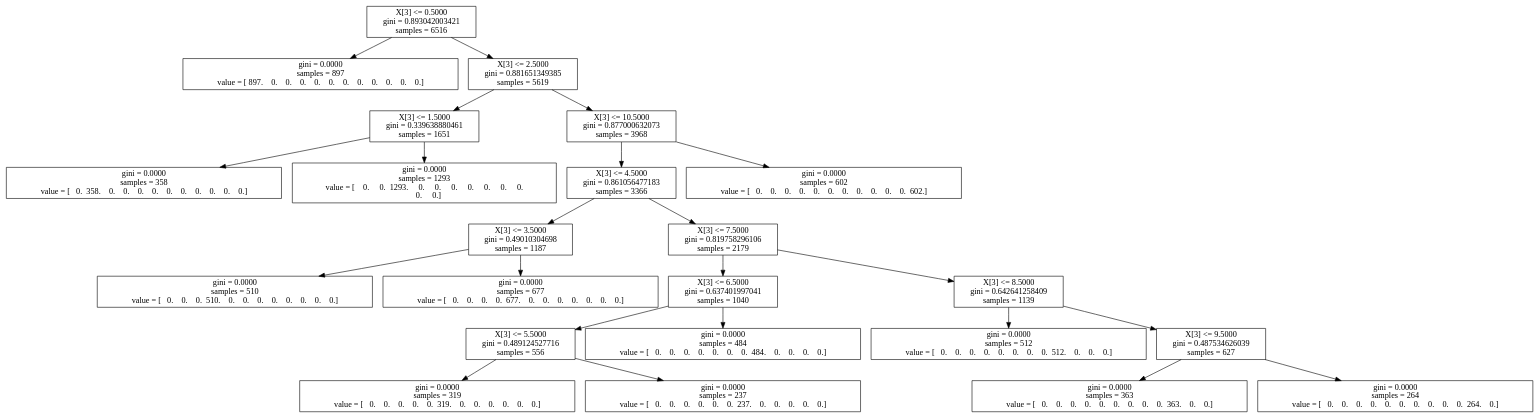
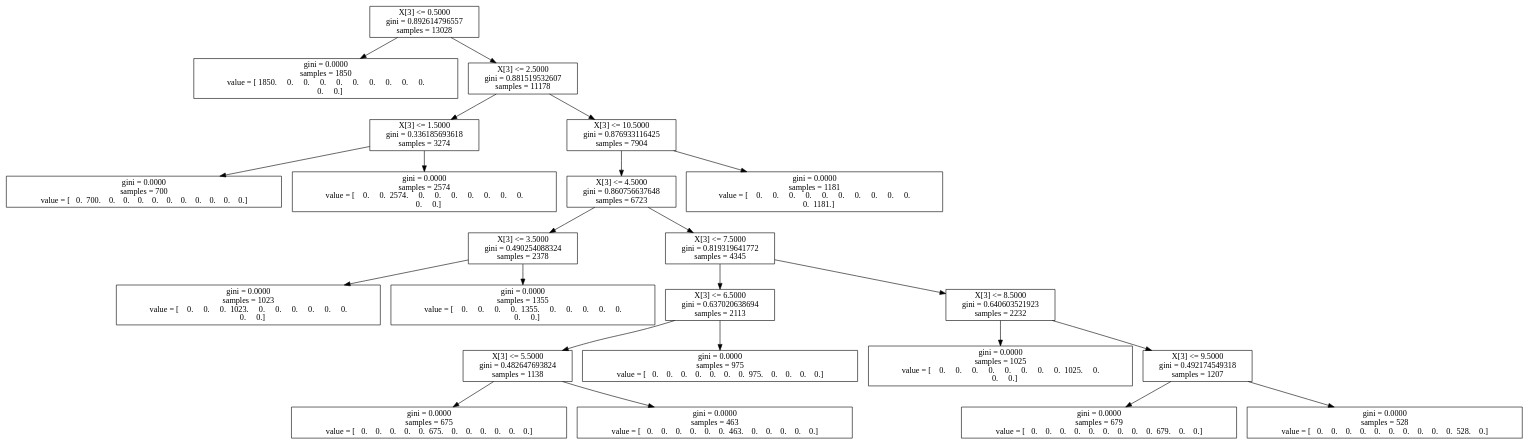
One commit to dsilva25/Data-Mining changed the diagram in tree.dot. Above: the diagram before and after it, drawn with Graphviz. The commit also changed 4 other files, not shown here.

```diff
--- a/tree.dot
+++ b/tree.dot
@@ -1,48 +1,53 @@
 digraph Tree {
-0 [label="X[3] <= 0.5000\ngini = 0.893042003421\nsamples = 6516", shape="box"] ;
-1 [label="gini = 0.0000\nsamples = 897\nvalue = [ 897.    0.    0.    0.    0.    0.    0.    0.    0.    0.    0.    0.]", shape="box"] ;
+0 [label="X[3] <= 0.5000\ngini = 0.892614796557\nsamples = 13028", shape="box"] ;
+1 [label="gini = 0.0000\nsamples = 1850\nvalue = [ 1850.     0.     0.     0.     0.     0.     0.     0.     0.     0.
+     0.     0.]", shape="box"] ;
 0 -> 1 ;
-2 [label="X[3] <= 2.5000\ngini = 0.881651349385\nsamples = 5619", shape="box"] ;
+2 [label="X[3] <= 2.5000\ngini = 0.881519532607\nsamples = 11178", shape="box"] ;
 0 -> 2 ;
-3 [label="X[3] <= 1.5000\ngini = 0.339638880461\nsamples = 1651", shape="box"] ;
+3 [label="X[3] <= 1.5000\ngini = 0.336185693618\nsamples = 3274", shape="box"] ;
 2 -> 3 ;
-4 [label="gini = 0.0000\nsamples = 358\nvalue = [   0.  358.    0.    0.    0.    0.    0.    0.    0.    0.    0.    0.]", shape="box"] ;
+4 [label="gini = 0.0000\nsamples = 700\nvalue = [   0.  700.    0.    0.    0.    0.    0.    0.    0.    0.    0.    0.]", shape="box"] ;
 3 -> 4 ;
-5 [label="gini = 0.0000\nsamples = 1293\nvalue = [    0.     0.  1293.     0.     0.     0.     0.     0.     0.     0.
+5 [label="gini = 0.0000\nsamples = 2574\nvalue = [    0.     0.  2574.     0.     0.     0.     0.     0.     0.     0.
      0.     0.]", shape="box"] ;
 3 -> 5 ;
-6 [label="X[3] <= 10.5000\ngini = 0.877000632073\nsamples = 3968", shape="box"] ;
+6 [label="X[3] <= 10.5000\ngini = 0.876933116425\nsamples = 7904", shape="box"] ;
 2 -> 6 ;
-7 [label="X[3] <= 4.5000\ngini = 0.861056477183\nsamples = 3366", shape="box"] ;
+7 [label="X[3] <= 4.5000\ngini = 0.860756637648\nsamples = 6723", shape="box"] ;
 6 -> 7 ;
-8 [label="X[3] <= 3.5000\ngini = 0.49010304698\nsamples = 1187", shape="box"] ;
+8 [label="X[3] <= 3.5000\ngini = 0.490254088324\nsamples = 2378", shape="box"] ;
 7 -> 8 ;
-9 [label="gini = 0.0000\nsamples = 510\nvalue = [   0.    0.    0.  510.    0.    0.    0.    0.    0.    0.    0.    0.]", shape="box"] ;
+9 [label="gini = 0.0000\nsamples = 1023\nvalue = [    0.     0.     0.  1023.     0.     0.     0.     0.     0.     0.
+     0.     0.]", shape="box"] ;
 8 -> 9 ;
-10 [label="gini = 0.0000\nsamples = 677\nvalue = [   0.    0.    0.    0.  677.    0.    0.    0.    0.    0.    0.    0.]", shape="box"] ;
+10 [label="gini = 0.0000\nsamples = 1355\nvalue = [    0.     0.     0.     0.  1355.     0.     0.     0.     0.     0.
+     0.     0.]", shape="box"] ;
 8 -> 10 ;
-11 [label="X[3] <= 7.5000\ngini = 0.819758296106\nsamples = 2179", shape="box"] ;
+11 [label="X[3] <= 7.5000\ngini = 0.819319641772\nsamples = 4345", shape="box"] ;
 7 -> 11 ;
-12 [label="X[3] <= 6.5000\ngini = 0.637401997041\nsamples = 1040", shape="box"] ;
+12 [label="X[3] <= 6.5000\ngini = 0.637020638694\nsamples = 2113", shape="box"] ;
 11 -> 12 ;
-13 [label="X[3] <= 5.5000\ngini = 0.489124527716\nsamples = 556", shape="box"] ;
+13 [label="X[3] <= 5.5000\ngini = 0.482647693824\nsamples = 1138", shape="box"] ;
 12 -> 13 ;
-14 [label="gini = 0.0000\nsamples = 319\nvalue = [   0.    0.    0.    0.    0.  319.    0.    0.    0.    0.    0.    0.]", shape="box"] ;
+14 [label="gini = 0.0000\nsamples = 675\nvalue = [   0.    0.    0.    0.    0.  675.    0.    0.    0.    0.    0.    0.]", shape="box"] ;
 13 -> 14 ;
-15 [label="gini = 0.0000\nsamples = 237\nvalue = [   0.    0.    0.    0.    0.    0.  237.    0.    0.    0.    0.    0.]", shape="box"] ;
+15 [label="gini = 0.0000\nsamples = 463\nvalue = [   0.    0.    0.    0.    0.    0.  463.    0.    0.    0.    0.    0.]", shape="box"] ;
 13 -> 15 ;
-16 [label="gini = 0.0000\nsamples = 484\nvalue = [   0.    0.    0.    0.    0.    0.    0.  484.    0.    0.    0.    0.]", shape="box"] ;
+16 [label="gini = 0.0000\nsamples = 975\nvalue = [   0.    0.    0.    0.    0.    0.    0.  975.    0.    0.    0.    0.]", shape="box"] ;
 12 -> 16 ;
-17 [label="X[3] <= 8.5000\ngini = 0.642641258409\nsamples = 1139", shape="box"] ;
+17 [label="X[3] <= 8.5000\ngini = 0.640603521923\nsamples = 2232", shape="box"] ;
 11 -> 17 ;
-18 [label="gini = 0.0000\nsamples = 512\nvalue = [   0.    0.    0.    0.    0.    0.    0.    0.  512.    0.    0.    0.]", shape="box"] ;
+18 [label="gini = 0.0000\nsamples = 1025\nvalue = [    0.     0.     0.     0.     0.     0.     0.     0.  1025.     0.
+     0.     0.]", shape="box"] ;
 17 -> 18 ;
-19 [label="X[3] <= 9.5000\ngini = 0.487534626039\nsamples = 627", shape="box"] ;
+19 [label="X[3] <= 9.5000\ngini = 0.492174549318\nsamples = 1207", shape="box"] ;
 17 -> 19 ;
-20 [label="gini = 0.0000\nsamples = 363\nvalue = [   0.    0.    0.    0.    0.    0.    0.    0.    0.  363.    0.    0.]", shape="box"] ;
+20 [label="gini = 0.0000\nsamples = 679\nvalue = [   0.    0.    0.    0.    0.    0.    0.    0.    0.  679.    0.    0.]", shape="box"] ;
 19 -> 20 ;
-21 [label="gini = 0.0000\nsamples = 264\nvalue = [   0.    0.    0.    0.    0.    0.    0.    0.    0.    0.  264.    0.]", shape="box"] ;
+21 [label="gini = 0.0000\nsamples = 528\nvalue = [   0.    0.    0.    0.    0.    0.    0.    0.    0.    0.  528.    0.]", shape="box"] ;
 19 -> 21 ;
-22 [label="gini = 0.0000\nsamples = 602\nvalue = [   0.    0.    0.    0.    0.    0.    0.    0.    0.    0.    0.  602.]", shape="box"] ;
+22 [label="gini = 0.0000\nsamples = 1181\nvalue = [    0.     0.     0.     0.     0.     0.     0.     0.     0.     0.
+     0.  1181.]", shape="box"] ;
 6 -> 22 ;
 }
```
